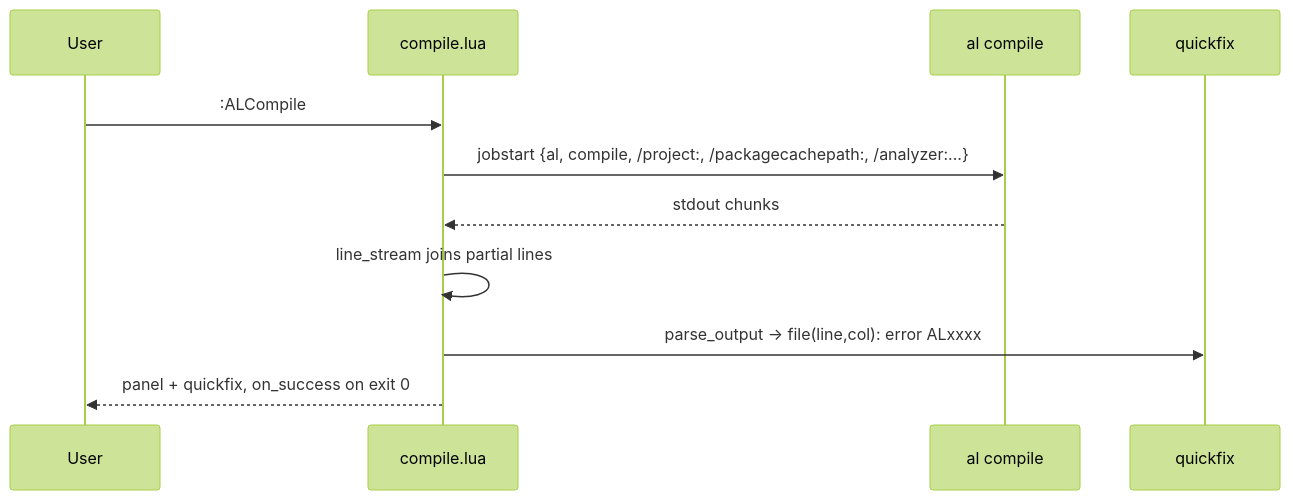
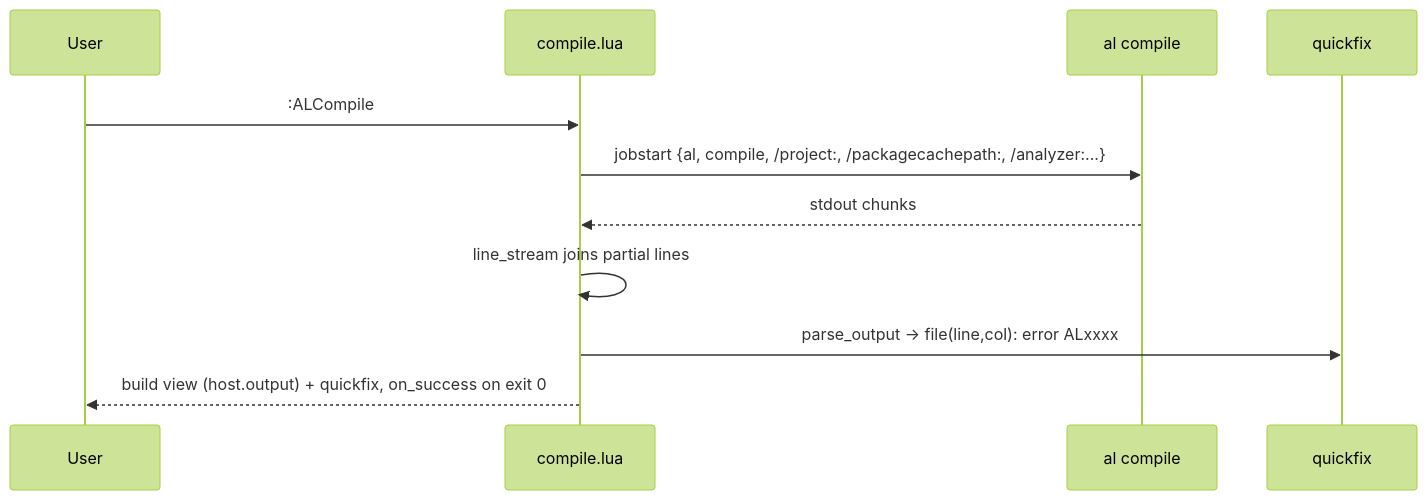
Before and after one commit to drs76/ALNvim: the second of 3 diagrams in docs/handbook.md, drawn with Mermaid (forest theme). The commit also changed other lines of this file and 16 other files, not shown here.

````diff
--- a/docs/handbook.md
+++ b/docs/handbook.md
@@ -166,13 +167,13 @@
 ```mermaid
 sequenceDiagram
   participant U as User
   participant C as compile.lua
   participant T as al compile
   participant Q as quickfix
   U->>C: :ALCompile
   C->>T: jobstart {al, compile, /project:, /packagecachepath:, /analyzer:...}
   T-->>C: stdout chunks
   C->>C: line_stream joins partial lines
   C->>Q: parse_output → file(line,col): error ALxxxx
-  C-->>U: panel + quickfix, on_success on exit 0
+  C-->>U: build view (host.output) + quickfix, on_success on exit 0
 ```
````
